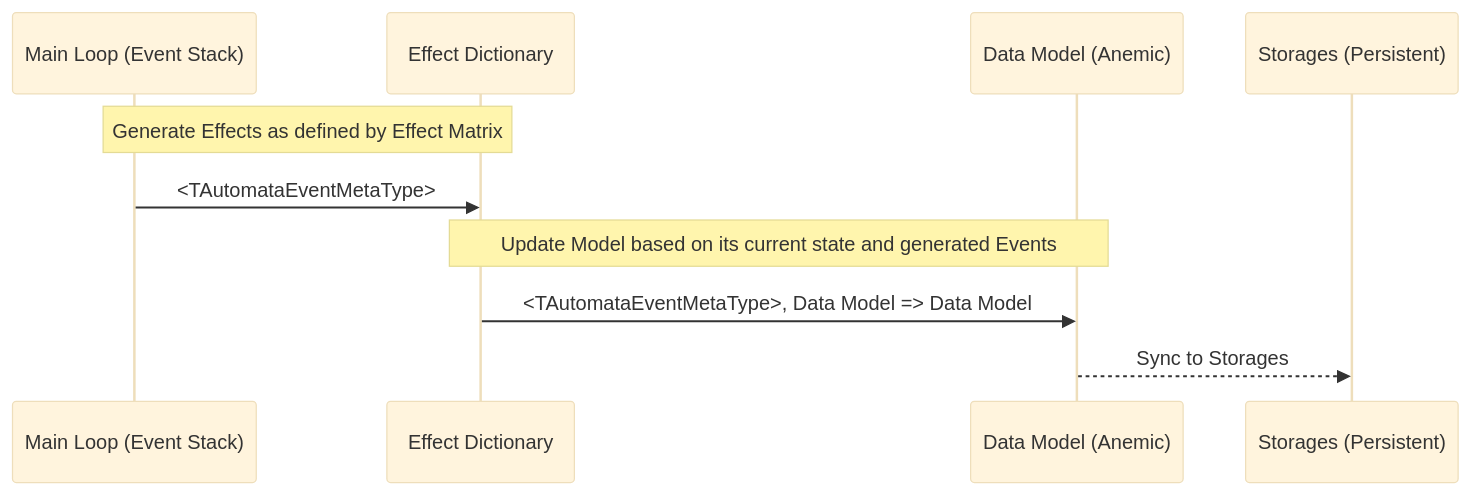
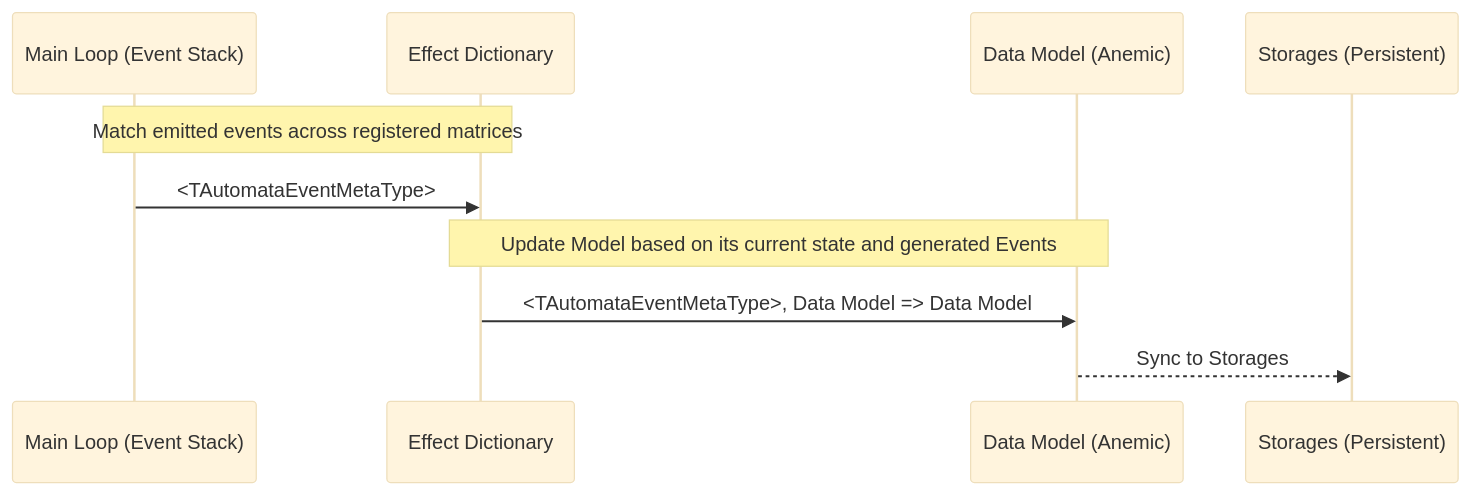
Before and after one commit to tfcp68/yantrix: the fourth of 5 diagrams in docs/concepts/400_data_flow.md, drawn with Mermaid (base theme). The commit also changed other lines of this file and 36 other files, not shown here.

````diff
--- a/docs/concepts/400_data_flow.md
+++ b/docs/concepts/400_data_flow.md
@@ -118,13 +125,13 @@
 ```mermaid
 sequenceDiagram
 	participant MT as Main Loop (Event Stack)
 	participant ED as Effect Dictionary
 	participant MDL as Data Model (Anemic)
 	participant DB as Storages (Persistent)
-	Note over MT, ED: Generate Effects as defined by Effect Matrix
+	Note over MT, ED: Match emitted events across registered matrices
 	MT ->> ED: <TAutomataEventMetaType>
 	Note over ED, MDL: Update Model based on its current state and generated Events
 	ED ->> MDL: <TAutomataEventMetaType>, Data Model => Data Model
 	MDL -->> DB: Sync to Storages
 
 ```
````
